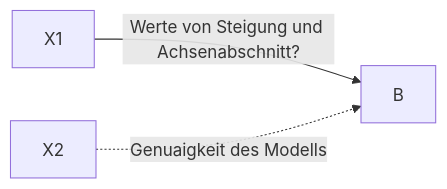
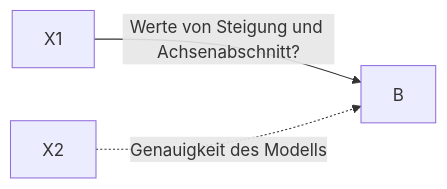
The third of 3 diagrams in 0200-Inferenz.qmd (sebastiansauer/start-bayes), drawn with Mermaid before and after one commit. The commit also changed other lines of this file and 1 other file, not shown here.

````diff
--- a/0200-Inferenz.qmd
+++ b/0200-Inferenz.qmd
@@ -565,8 +561,8 @@
 ```{mermaid}
 %%| label: fig-zwei-arten
 %%| fig-cap: Zwei Arten der Ungewissheit beim Modellieren
 flowchart LR
 X1 -->|Werte von Steigung und Achsenabschnitt?|B
-X2 -. Genuaigkeit des Modells .-> B
+X2 -. Genauigkeit des Modells .-> B
 
 ```
````
